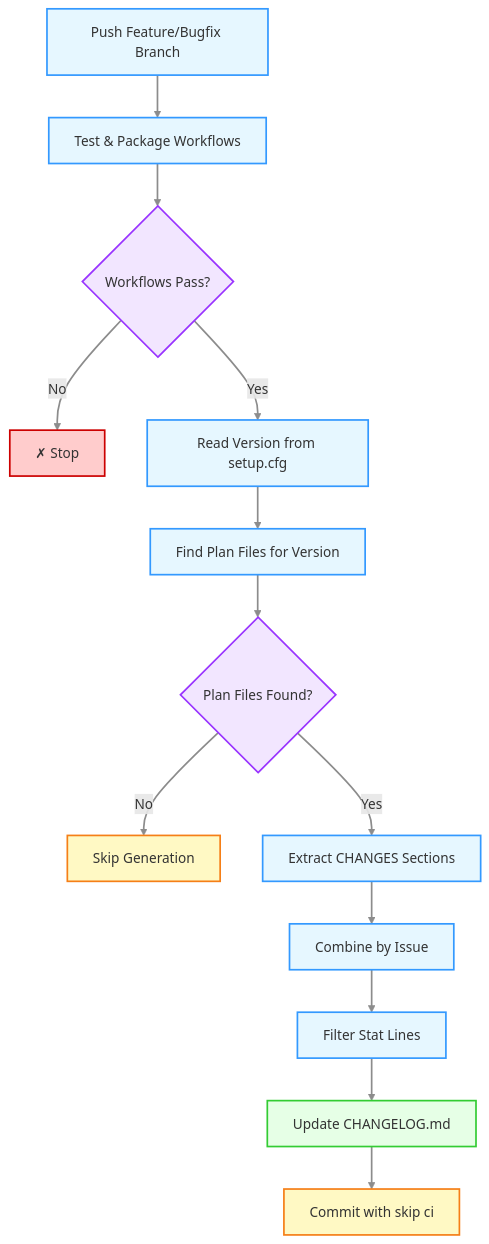
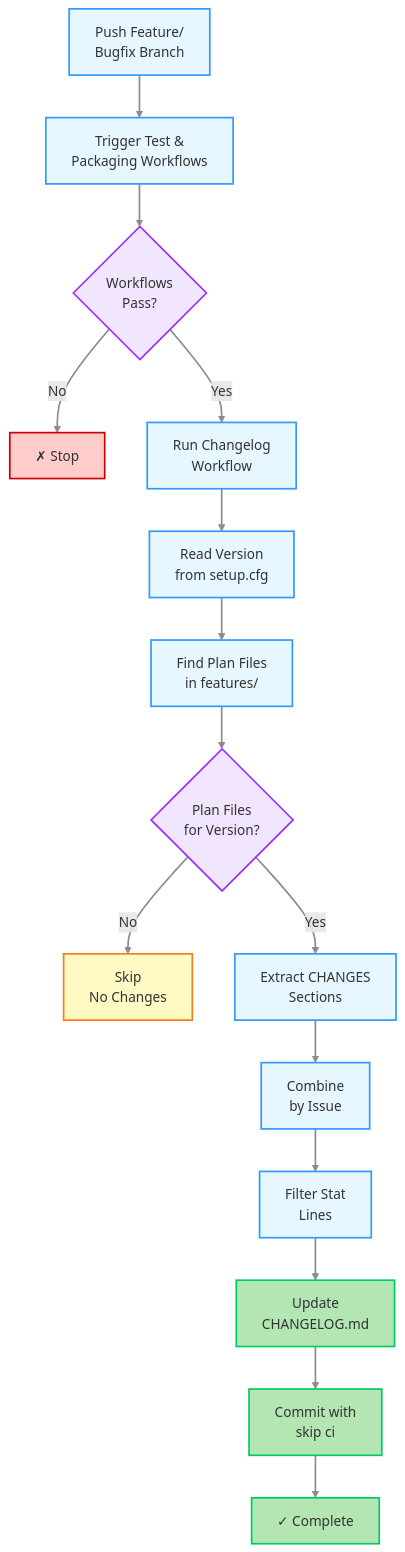
One commit to minouris/spafw37 changed the sixth of 18 diagrams in .github/RELEASE_PROCESS.md. Above: the diagram before and after it, drawn with Mermaid. The commit also changed other lines of this file, not shown here.

Commit message:
Updated documentation for release workflows

````diff
--- a/.github/RELEASE_PROCESS.md
+++ b/.github/RELEASE_PROCESS.md
@@ -150,29 +387,31 @@
 ```mermaid
 flowchart TD
-    A[Push Feature/Bugfix Branch] --> B[Test & Package Workflows]
-    B --> C{Workflows Pass?}
+    A[Push Feature/<br/>Bugfix Branch] --> B[Trigger Test &<br/>Packaging Workflows]
+    B --> C{Workflows<br/>Pass?}
     C -->|No| D[✗ Stop]
-    C -->|Yes| E[Read Version from setup.cfg]
-    E --> F[Find Plan Files for Version]
-    F --> G{Plan Files Found?}
-    G -->|No| H[Skip Generation]
-    G -->|Yes| I[Extract CHANGES Sections]
-    I --> J[Combine by Issue]
-    J --> K[Filter Stat Lines]
-    K --> L[Update CHANGELOG.md]
-    L --> M[Commit with skip ci]
+    C -->|Yes| E[Run Changelog<br/>Workflow]
+    E --> F[Read Version<br/>from setup.cfg]
+    F --> G[Find Plan Files<br/>in features/]
+    G --> H{Plan Files<br/>for Version?}
+    H -->|No| I[Skip<br/>No Changes]
+    H -->|Yes| J[Extract CHANGES<br/>Sections]
+    J --> K[Combine<br/>by Issue]
+    K --> L[Filter Stat<br/>Lines]
+    L --> M[Update<br/>CHANGELOG.md]
+    M --> N[Commit with<br/>skip ci]
+    N --> O[✓ Complete]
     
     classDef processStyle fill:#e6f7ff,stroke:#3399ff,stroke-width:2px,color:#333
     classDef decisionStyle fill:#f2e6ff,stroke:#9933ff,stroke-width:2px,color:#333
     classDef errorStyle fill:#ffcccc,stroke:#cc0000,stroke-width:2px,color:#333
     classDef skipStyle fill:#fff9c4,stroke:#f57f17,stroke-width:2px,color:#333
-    classDef successStyle fill:#e6ffe6,stroke:#33cc33,stroke-width:2px,color:#333
+    classDef successStyle fill:#b3e6b3,stroke:#00cc66,stroke-width:2px,color:#333
     
-    class A,B,E,F,I,J,K processStyle
-    class C,G decisionStyle
+    class A,B,E,F,G,J,K,L processStyle
+    class C,H decisionStyle
     class D errorStyle
-    class H,M skipStyle
-    class L successStyle
+    class I skipStyle
+    class M,N,O successStyle
     
     linkStyle default stroke:#8c8c8c,stroke-width:2px
 ```
````
